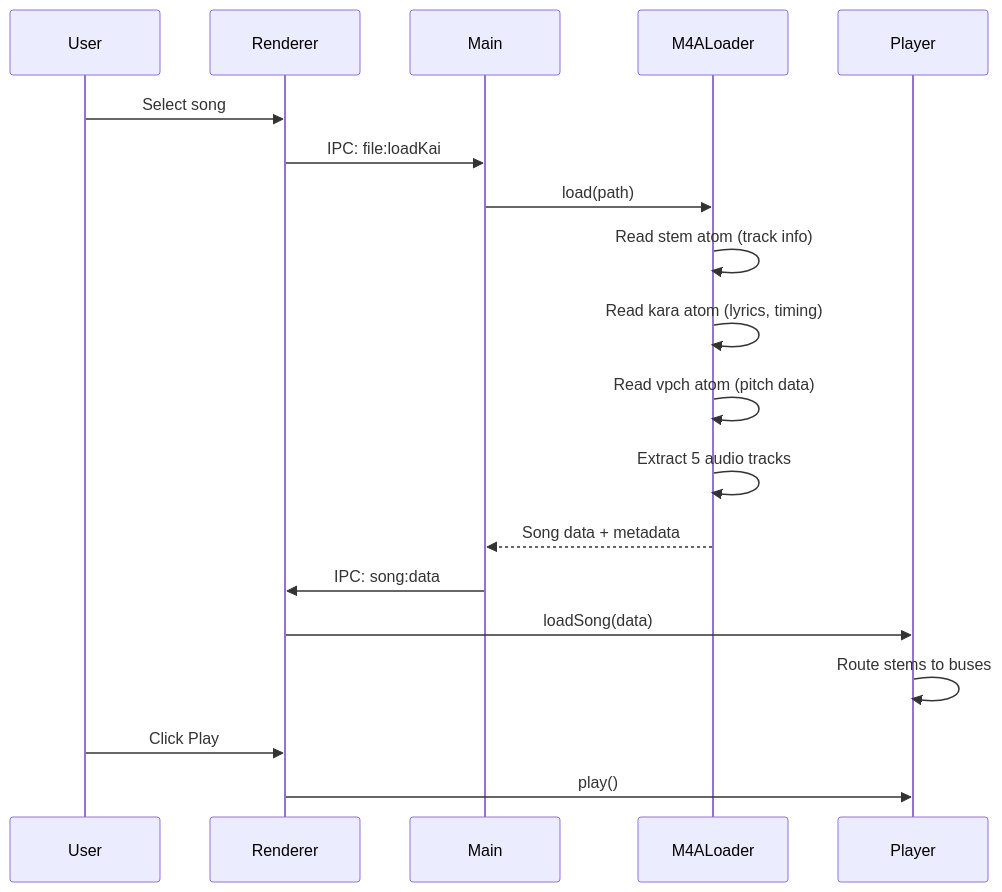
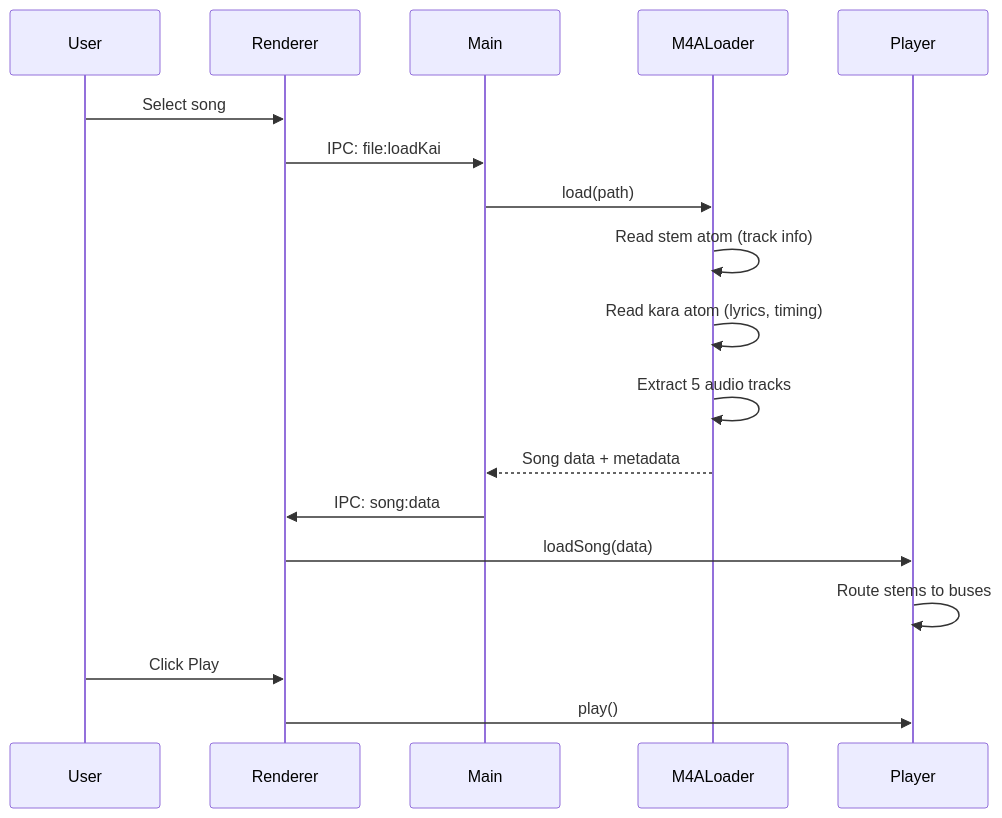
The fourth of 5 diagrams in docs/architecture.md (jorgealamilla/loukai), drawn with Mermaid before and after one commit. The commit also changed other lines of this file and 14 other files, not shown here.

````diff
--- a/docs/architecture.md
+++ b/docs/architecture.md
@@ -470,22 +468,21 @@
 ```mermaid
 sequenceDiagram
     participant User
     participant Renderer
     participant Main
     participant M4ALoader
     participant Player
 
     User->>Renderer: Select song
     Renderer->>Main: IPC: file:loadKai
     Main->>M4ALoader: load(path)
     M4ALoader->>M4ALoader: Read stem atom (track info)
     M4ALoader->>M4ALoader: Read kara atom (lyrics, timing)
-    M4ALoader->>M4ALoader: Read vpch atom (pitch data)
     M4ALoader->>M4ALoader: Extract 5 audio tracks
     M4ALoader-->>Main: Song data + metadata
     Main->>Renderer: IPC: song:data
     Renderer->>Player: loadSong(data)
     Player->>Player: Route stems to buses
     User->>Renderer: Click Play
     Renderer->>Player: play()
 ```
````
